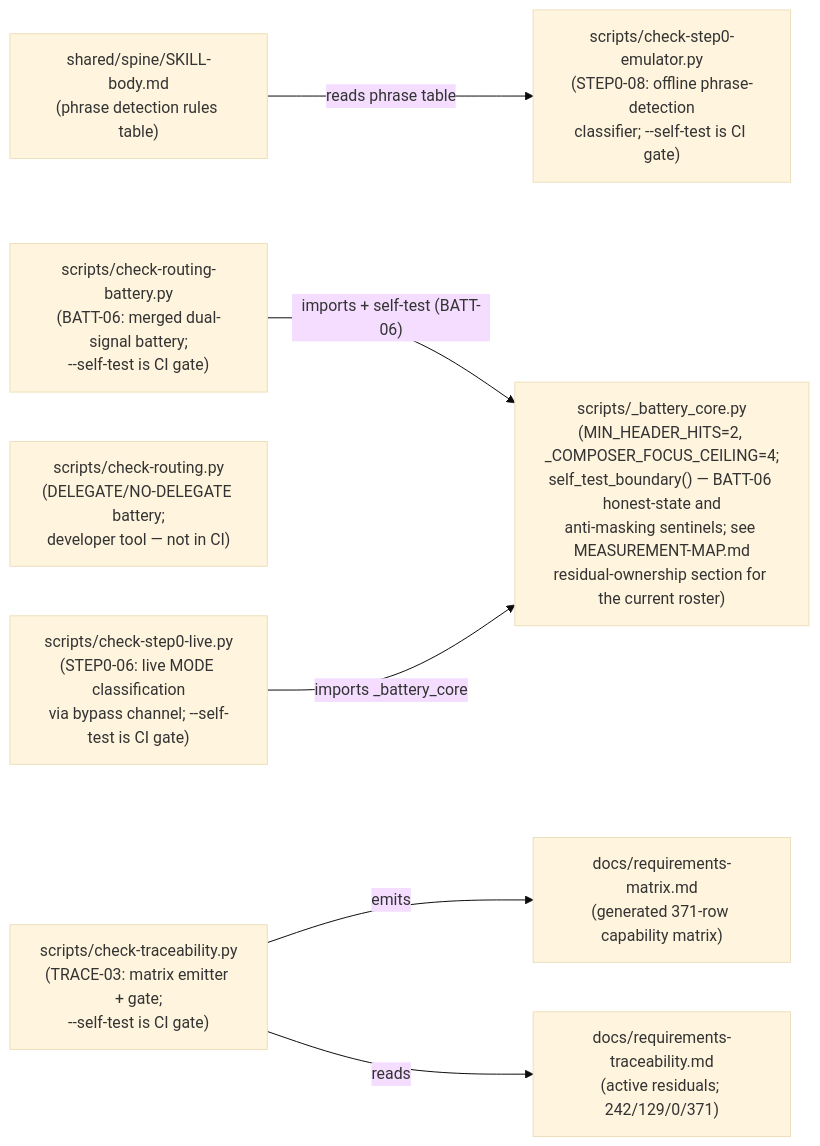
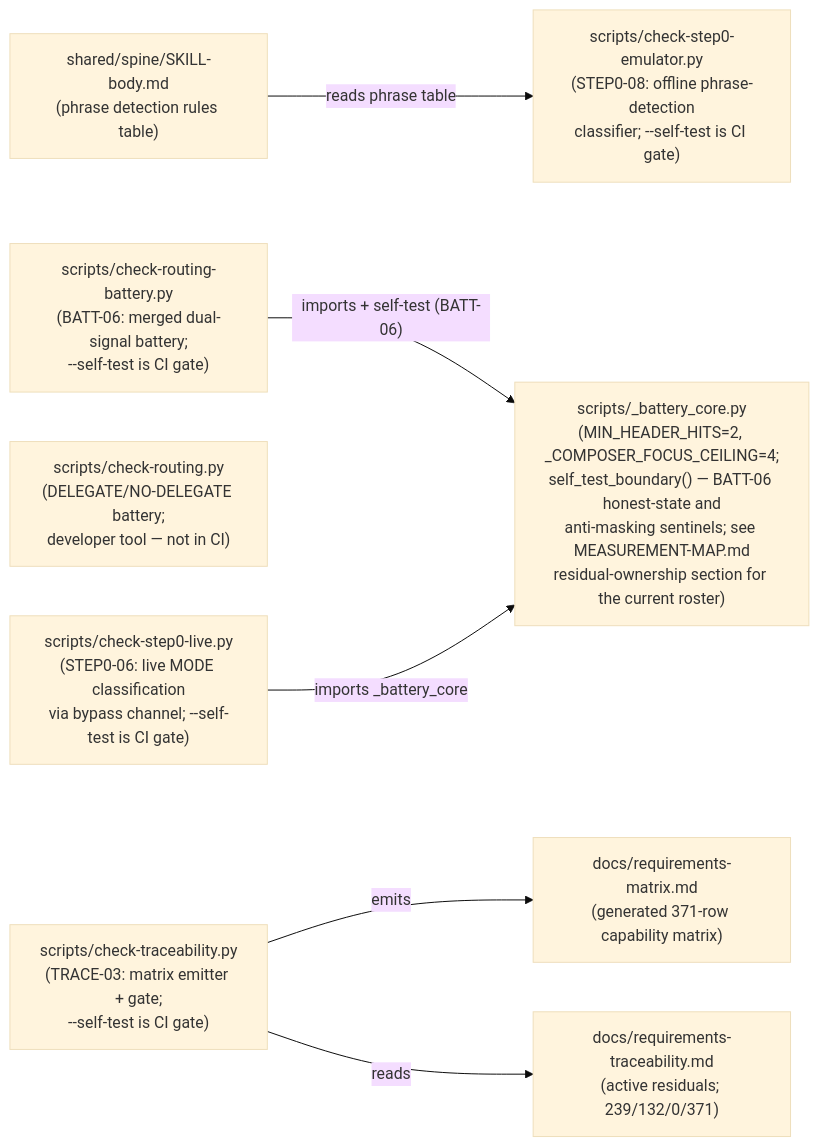
One commit to chrisdavidson/first-principles-skill changed the second of 2 diagrams in docs/COMPONENT-DIAGRAM.md. Above: the diagram before and after it, drawn with Mermaid (base theme). The commit also changed 9 other files, not shown here.

````diff
--- a/docs/COMPONENT-DIAGRAM.md
+++ b/docs/COMPONENT-DIAGRAM.md
@@ -84,24 +84,24 @@
 ```mermaid
 flowchart LR
     SKILLBODY["shared/spine/SKILL-body.md\n(phrase detection rules table)"]
 
     CORE["scripts/_battery_core.py\n(MIN_HEADER_HITS=2, _COMPOSER_FOCUS_CEILING=4;\nself_test_boundary() — BATT-06 honest-state and\nanti-masking sentinels; see MEASUREMENT-MAP.md\nresidual-ownership section for the current roster)"]
 
     BATT["scripts/check-routing-battery.py\n(BATT-06: merged dual-signal battery;\n--self-test is CI gate)"]
     ROUTING["scripts/check-routing.py\n(DELEGATE/NO-DELEGATE battery;\ndeveloper tool — not in CI)"]
 
     EMU["scripts/check-step0-emulator.py\n(STEP0-08: offline phrase-detection\nclassifier; --self-test is CI gate)"]
     LIVE["scripts/check-step0-live.py\n(STEP0-06: live MODE classification\nvia bypass channel; --self-test is CI gate)"]
 
     TRACE["scripts/check-traceability.py\n(TRACE-03: matrix emitter + gate;\n--self-test is CI gate)"]
     MATRIX["docs/requirements-matrix.md\n(generated 371-row capability matrix)"]
-    TRACEABILITY["docs/requirements-traceability.md\n(active residuals; 242/129/0/371)"]
+    TRACEABILITY["docs/requirements-traceability.md\n(active residuals; 239/132/0/371)"]
 
     SKILLBODY -->|"reads phrase table"| EMU
 
     BATT -->|"imports + self-test (BATT-06)"| CORE
     LIVE -->|"imports _battery_core"| CORE
 
     TRACE -->|"emits"| MATRIX
     TRACE -->|"reads"| TRACEABILITY
 ```
````
